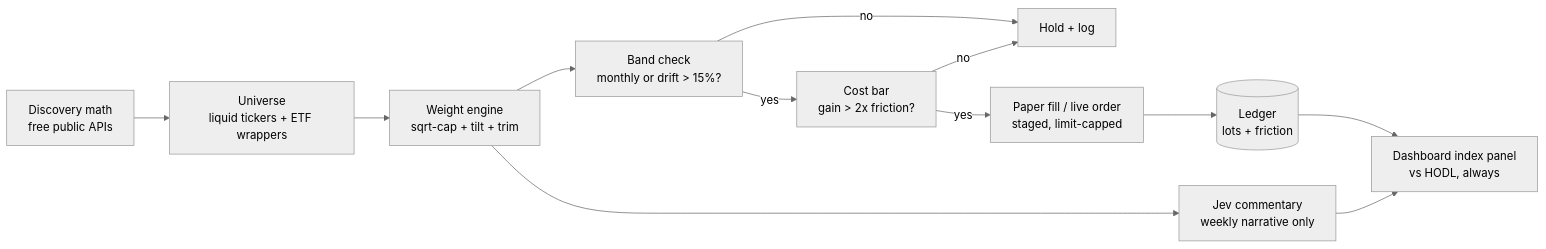
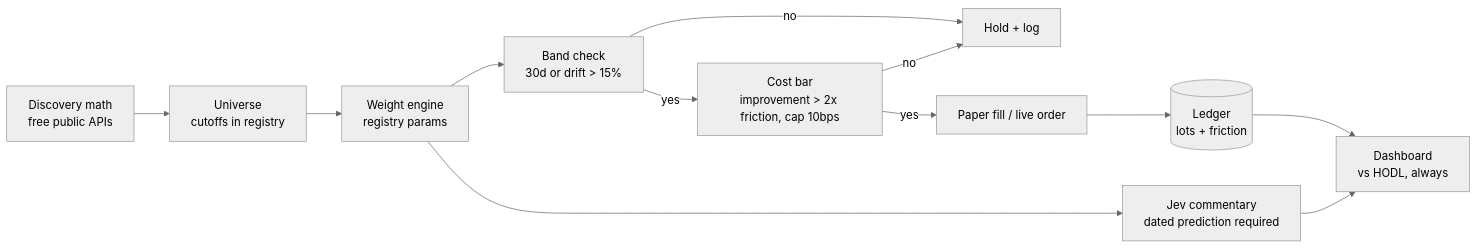
Before and after one commit to fsiddiqi/defi-jev: the first of 2 diagrams in conductor/tracks/backlog/006-equity-index/spec.md, drawn with Mermaid (neutral theme). The commit also changed other lines of this file and 2 other files, not shown here.

````diff
--- a/conductor/tracks/backlog/006-equity-index/spec.md
+++ b/conductor/tracks/backlog/006-equity-index/spec.md
@@ -19,14 +27,14 @@
 ```mermaid
 flowchart LR
-    D[Discovery math<br/>free public APIs] --> U[Universe<br/>liquid tickers + ETF wrappers]
-    U --> W[Weight engine<br/>sqrt-cap + tilt + trim]
-    W --> B[Band check<br/>monthly or drift > 15%?]
+    D[Discovery math<br/>free public APIs] --> U[Universe<br/>cutoffs in registry]
+    U --> W[Weight engine<br/>registry params]
+    W --> B[Band check<br/>30d or drift > 15%]
     B -->|no| HOLD[Hold + log]
-    B -->|yes| C[Cost bar<br/>gain > 2x friction?]
+    B -->|yes| C[Cost bar<br/>improvement > 2x friction, cap 10bps]
     C -->|no| HOLD
-    C -->|yes| X[Paper fill / live order<br/>staged, limit-capped]
+    C -->|yes| X[Paper fill / live order]
     X --> L[(Ledger<br/>lots + friction)]
-    L --> UI[Dashboard index panel<br/>vs HODL, always]
-    W --> J[Jev commentary<br/>weekly narrative only]
+    L --> UI[Dashboard<br/>vs HODL, always]
+    W --> J[Jev commentary<br/>dated prediction required]
     J --> UI
 ```
````
